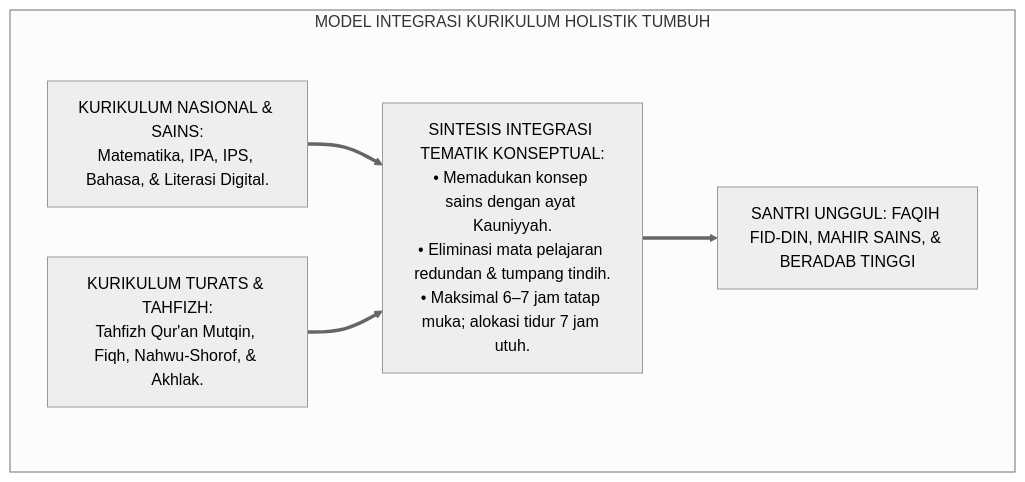
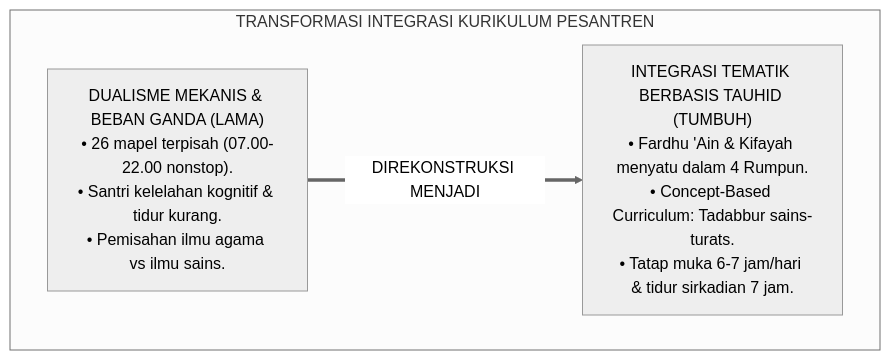
One commit to wandiapriliyandi/tumbuh changed the first of 2 diagrams in 02 Principles/02 Design Principles/P2-02-06-Prinsip-Desain-Integrasi-Kurikulum-Nasional-dan-Pesantren.md. Above: the diagram before and after it, drawn with Mermaid (neutral theme). The commit also changed other lines of this file and 7 other files, not shown here.

````diff
--- a/02 Principles/02 Design Principles/P2-02-06-Prinsip-Desain-Integrasi-Kurikulum-Nasional-dan-Pesantren.md
+++ b/02 Principles/02 Design Principles/P2-02-06-Prinsip-Desain-Integrasi-Kurikulum-Nasional-dan-Pesantren.md
@@ -56,15 +56,10 @@
 ```mermaid
 flowchart TD
-    subgraph ModelIntegrasiKurikulumTUMBUH["MODEL INTEGRASI KURIKULUM HOLISTIK TUMBUH"]
-        Nasional["KURIKULUM NASIONAL & SAINS:<br/>Matematika, IPA, IPS, Bahasa, & Literasi Digital."]
+    subgraph TransformasiIntegrasiKurikulum["TRANSFORMASI INTEGRASI KURIKULUM PESANTREN"]
+        PolaDualismeLama["DUALISME MEKANIS & BEBAN GANDA (LAMA)<br/>• 26 mapel terpisah (07.00-22.00 nonstop).<br/>• Santri kelelahan kognitif & tidur kurang.<br/>• Pemisahan ilmu agama vs ilmu sains."]
         
-        Pesantren["KURIKULUM TURATS & TAHFIZH:<br/>Tahfizh Qur'an Mutqin, Fiqh, Nahwu-Shorof, & Akhlak."]
+        PolaIntegrasiTUMBUH["INTEGRASI TEMATIK BERBASIS TAUHID (TUMBUH)<br/>• Fardhu 'Ain & Kifayah menyatu dalam 4 Rumpun.<br/>• Concept-Based Curriculum: Tadabbur sains-turats.<br/>• Tatap muka 6-7 jam/hari & tidur sirkadian 7 jam."]
         
-        Integrasi["SINTESIS INTEGRASI TEMATIK KONSEPTUAL:<br/>• Memadukan konsep sains dengan ayat Kauniyyah.<br/>• Eliminasi mata pelajaran redundan & tumpang tindih.<br/>• Maksimal 6–7 jam tatap muka; alokasi tidur 7 jam utuh."]
-        
-        Nasional & Pesantren ==> Integrasi
-        
-        Output["SANTRI UNGGUL: FAQIH FID-DIN, MAHIR SAINS, & BERADAB TINGGI"]
-        Integrasi ==> Output
+        PolaDualismeLama ==>|DIREKONSTRUKSI MENJADI| PolaIntegrasiTUMBUH
     end
 ```
````
